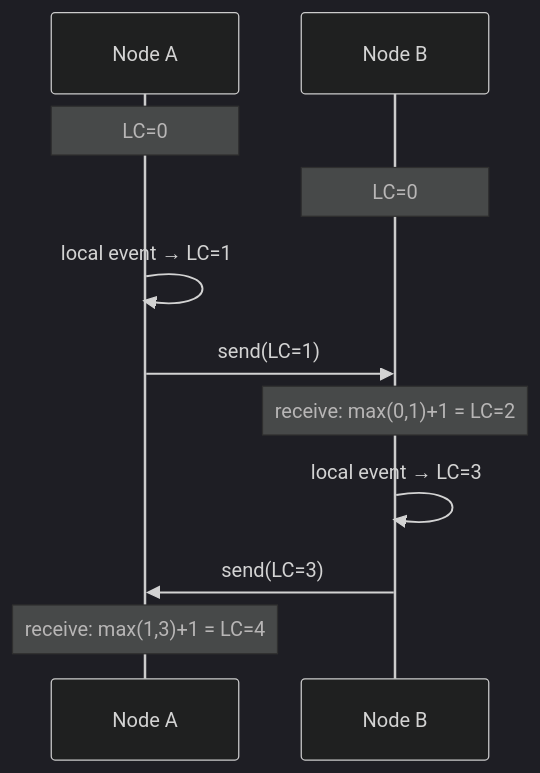
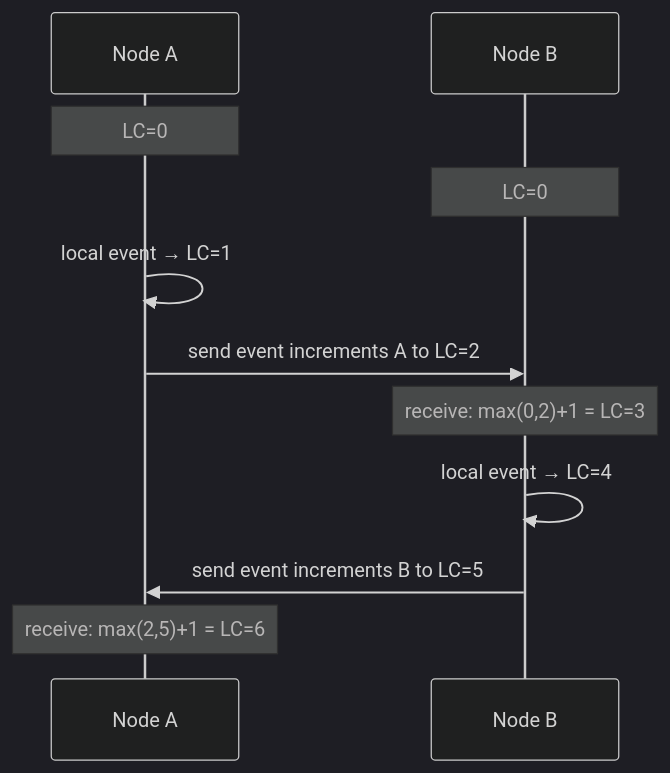
Before and after one commit to swarnsingh/android-staff-engineer-playbook-website: the second of 2 diagrams in engineering-fundamentals/time-and-clocks.md, drawn with Mermaid (dark theme). The commit also changed other lines of this file and 142 other files, not shown here.

````diff
--- a/engineering-fundamentals/time-and-clocks.md
+++ b/engineering-fundamentals/time-and-clocks.md
@@ -252,14 +255,14 @@
 ```mermaid
 sequenceDiagram
     participant A as Node A
     participant B as Node B
 
     Note over A: LC=0
     Note over B: LC=0
     A->>A: local event → LC=1
-    A->>B: send(LC=1)
-    Note over B: receive: max(0,1)+1 = LC=2
-    B->>B: local event → LC=3
-    B->>A: send(LC=3)
-    Note over A: receive: max(1,3)+1 = LC=4
+    A->>B: send event increments A to LC=2
+    Note over B: receive: max(0,2)+1 = LC=3
+    B->>B: local event → LC=4
+    B->>A: send event increments B to LC=5
+    Note over A: receive: max(2,5)+1 = LC=6
 ```
````
